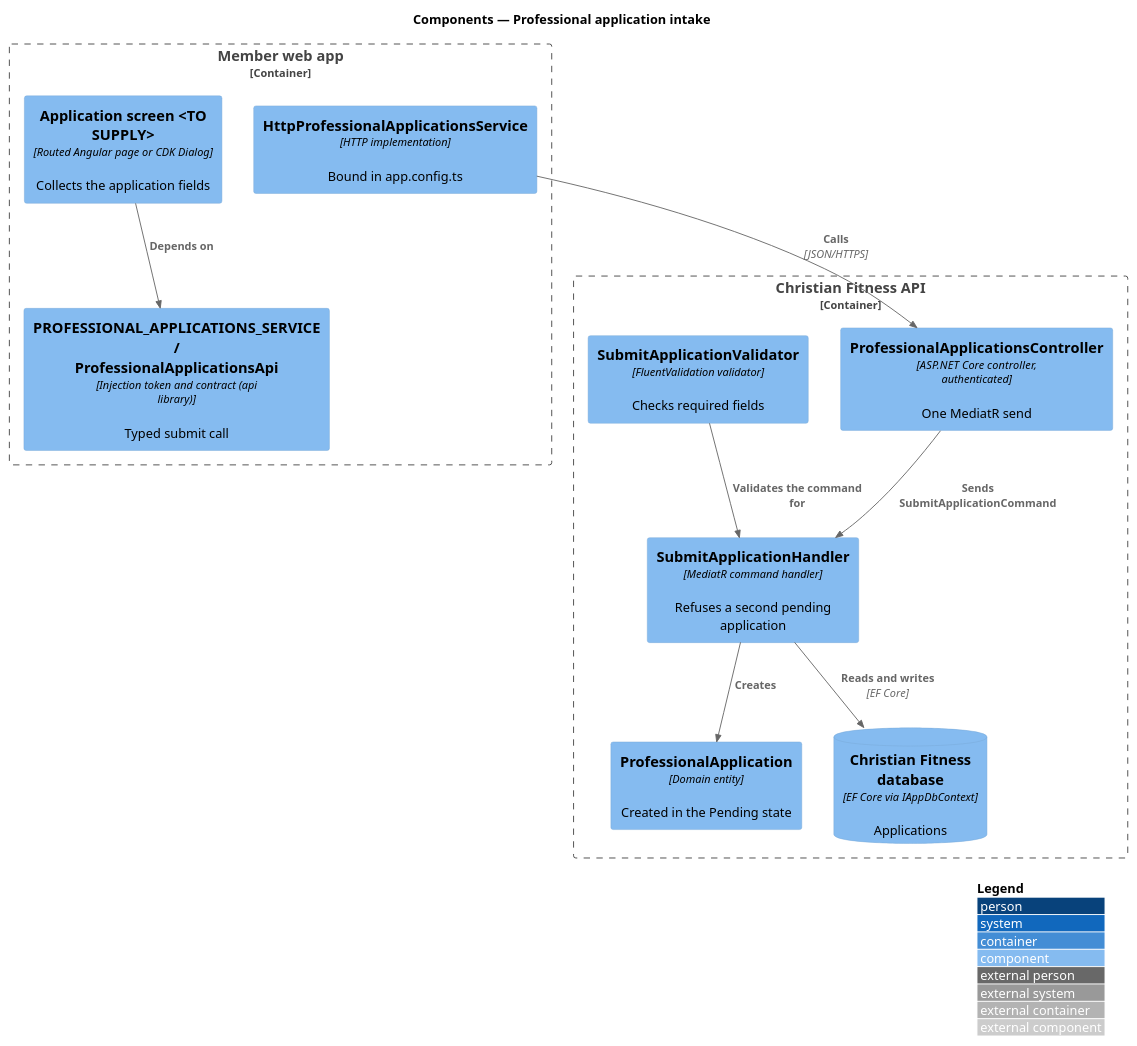
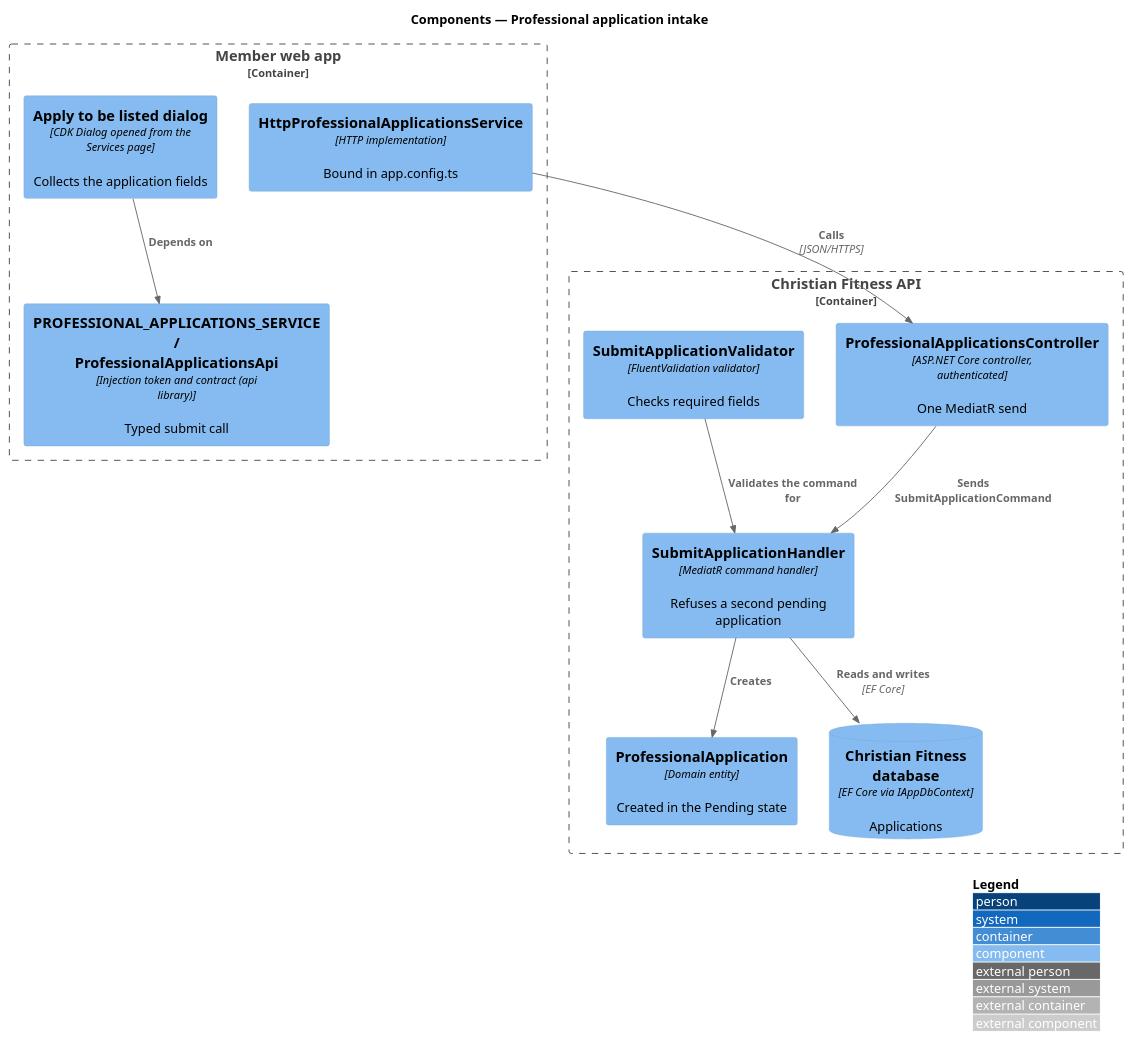
Before and after one commit to QuinntyneBrown/christian-fitness: the diagram in docs/detailed-designs/admin-services/take-in-applications/diagrams/c4-component.puml, drawn with PlantUML. The commit also changed 46 other files, not shown here.

Commit message:
Slice 22.1: Apply to be listed

```diff
--- a/docs/detailed-designs/admin-services/take-in-applications/diagrams/c4-component.puml
+++ b/docs/detailed-designs/admin-services/take-in-applications/diagrams/c4-component.puml
@@ -1,24 +1,24 @@
 @startuml
 !include <C4/C4_Component>
 LAYOUT_WITH_LEGEND()
 title Components — Professional application intake
 
 Container_Boundary(fe, "Member web app") {
-  Component(page, "Application screen <TO SUPPLY>", "Routed Angular page or CDK Dialog", "Collects the application fields")
+  Component(page, "Apply to be listed dialog", "CDK Dialog opened from the Services page", "Collects the application fields")
   Component(svc, "PROFESSIONAL_APPLICATIONS_SERVICE / ProfessionalApplicationsApi", "Injection token and contract (api library)", "Typed submit call")
   Component(http, "HttpProfessionalApplicationsService", "HTTP implementation", "Bound in app.config.ts")
 }
 Container_Boundary(api, "Christian Fitness API") {
   Component(ctrl, "ProfessionalApplicationsController", "ASP.NET Core controller, authenticated", "One MediatR send")
   Component(val, "SubmitApplicationValidator", "FluentValidation validator", "Checks required fields")
   Component(h, "SubmitApplicationHandler", "MediatR command handler", "Refuses a second pending application")
   Component(ent, "ProfessionalApplication", "Domain entity", "Created in the Pending state")
   ComponentDb(db, "Christian Fitness database", "EF Core via IAppDbContext", "Applications")
 }
 Rel(page, svc, "Depends on")
 Rel(http, ctrl, "Calls", "JSON/HTTPS")
 Rel(ctrl, h, "Sends SubmitApplicationCommand")
 Rel(val, h, "Validates the command for")
 Rel(h, ent, "Creates")
 Rel(h, db, "Reads and writes", "EF Core")
 @enduml
```
